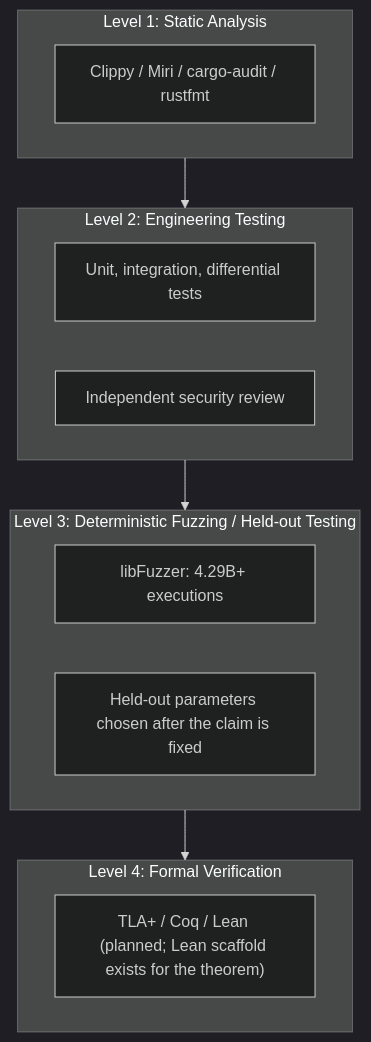
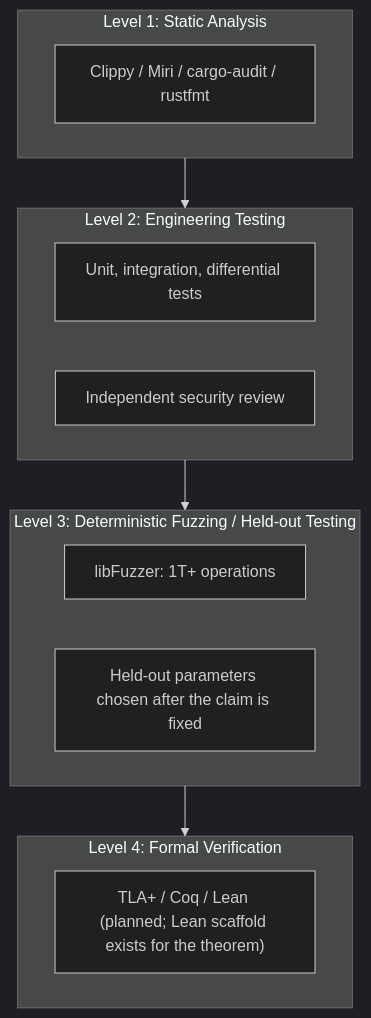
Before and after one commit to RFT-SIRM/UltraCore-RFT: the second of 3 diagrams in PITCH.md, drawn with Mermaid (dark theme). The commit also changed other lines of this file and 1 other file, not shown here.

Commit message:
docs: align theorem status wording and Rift-L1 fuzz figures with primary sources

````diff
--- a/PITCH.md
+++ b/PITCH.md
@@ -312,18 +315,18 @@
 ```mermaid
 flowchart TB
   subgraph L4["Level 4: Formal Verification"]
     TLA["TLA+ / Coq / Lean (planned; Lean scaffold exists for the theorem)"]
   end
   subgraph L3["Level 3: Deterministic Fuzzing / Held-out Testing"]
-    FUZZ["libFuzzer: 4.29B+ executions"]
+    FUZZ["libFuzzer: 1T+ operations"]
     HELD["Held-out parameters chosen after the claim is fixed"]
   end
   subgraph L2["Level 2: Engineering Testing"]
     UNIT["Unit, integration, differential tests"]
     AUDIT["Independent security review"]
   end
   subgraph L1["Level 1: Static Analysis"]
     CLIP["Clippy / Miri / cargo-audit / rustfmt"]
   end
   L1 --> L2 --> L3 --> L4
 ```
````
